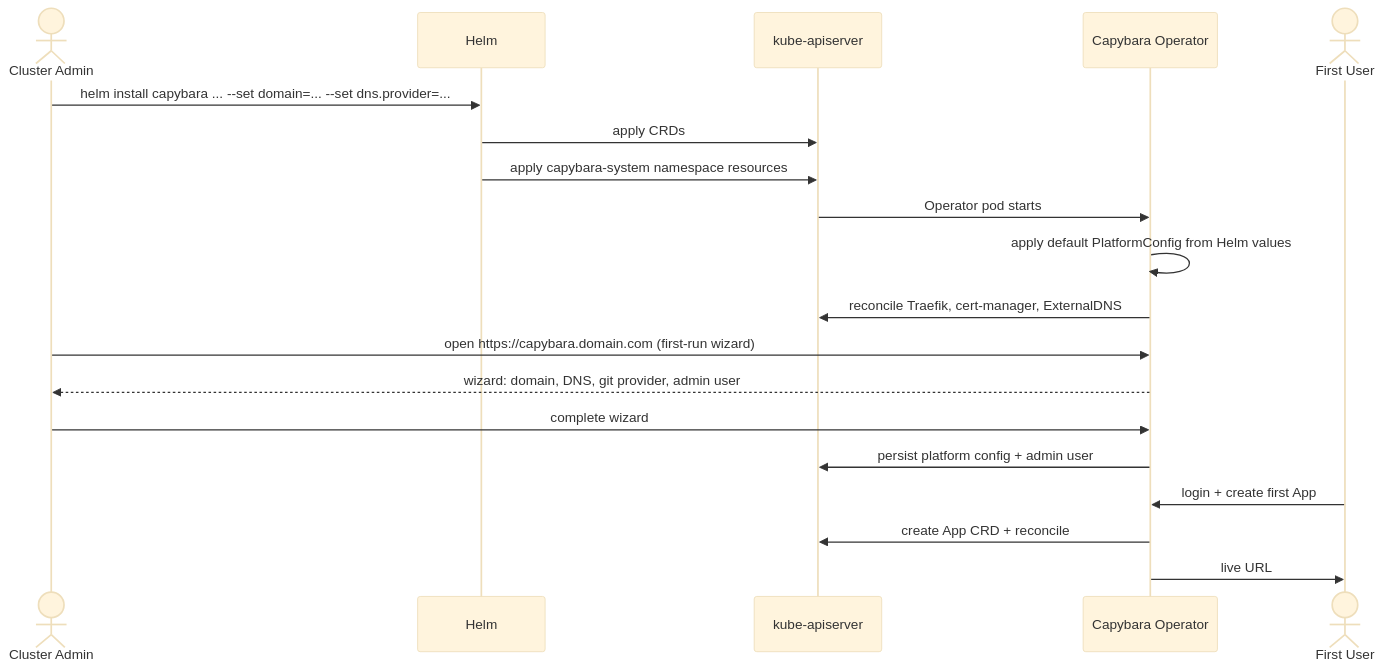
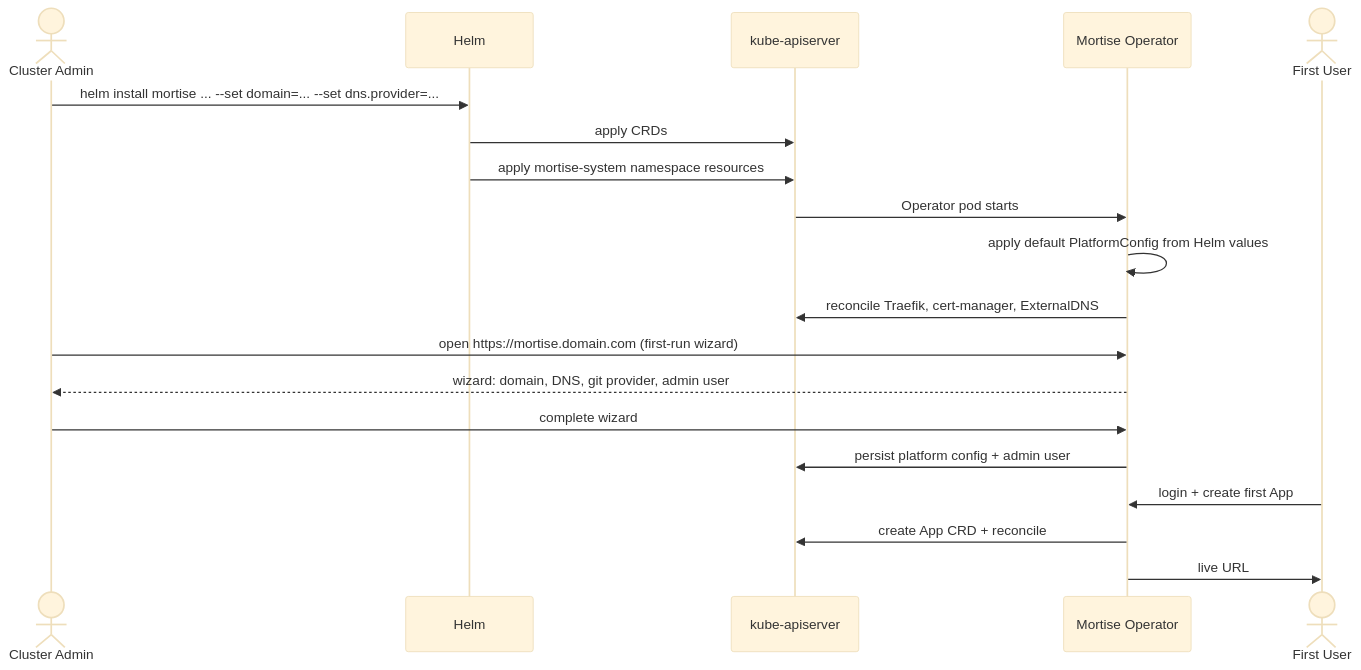
Before and after one commit to mortise-org/mortise: the fifth of 5 diagrams in ARCHITECTURE.md, drawn with Mermaid (base theme). The commit also changed other lines of this file and 2 other files, not shown here.

Commit message:
Rename Capybara → Mortise; addons are tenons (joinery metaphor)

````diff
--- a/ARCHITECTURE.md
+++ b/ARCHITECTURE.md
@@ -288,22 +288,22 @@
 ```mermaid
 sequenceDiagram
     actor Admin as Cluster Admin
     participant Helm as Helm
     participant K8s as kube-apiserver
-    participant Op as Capybara Operator
+    participant Op as Mortise Operator
     actor User as First User
 
-    Admin->>Helm: helm install capybara ... --set domain=... --set dns.provider=...
+    Admin->>Helm: helm install mortise ... --set domain=... --set dns.provider=...
     Helm->>K8s: apply CRDs
-    Helm->>K8s: apply capybara-system namespace resources
+    Helm->>K8s: apply mortise-system namespace resources
     K8s->>Op: Operator pod starts
     Op->>Op: apply default PlatformConfig from Helm values
     Op->>K8s: reconcile Traefik, cert-manager, ExternalDNS
-    Admin->>Op: open https://capybara.domain.com (first-run wizard)
+    Admin->>Op: open https://mortise.domain.com (first-run wizard)
     Op-->>Admin: wizard: domain, DNS, git provider, admin user
     Admin->>Op: complete wizard
     Op->>K8s: persist platform config + admin user
     User->>Op: login + create first App
     Op->>K8s: create App CRD + reconcile
     Op->>User: live URL
 ```
````
